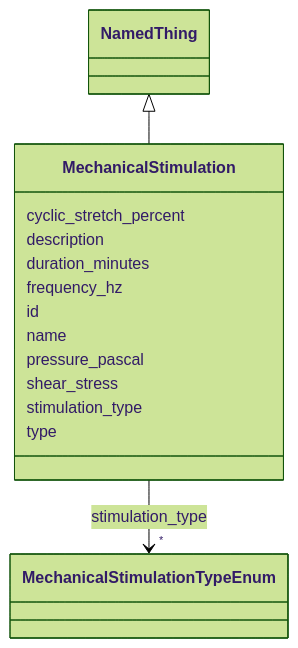
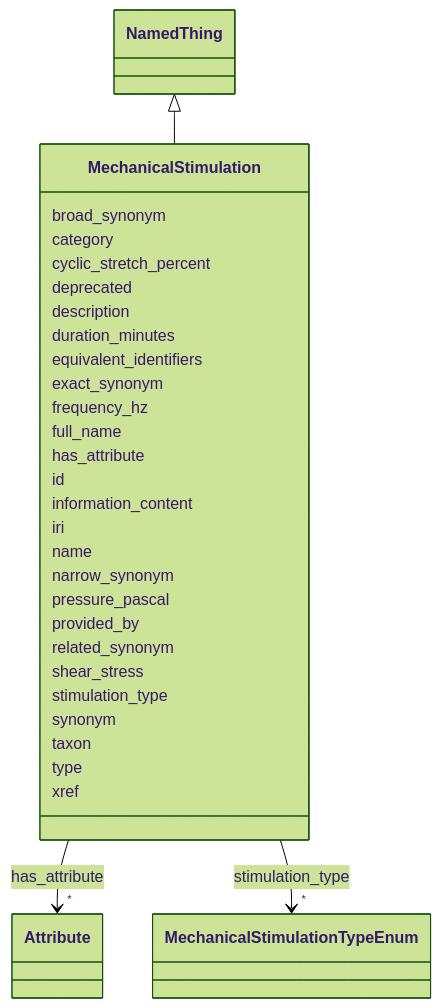
One commit to monarch-initiative/namo changed the diagram in docs/elements/MechanicalStimulation.md. Above: the diagram before and after it, drawn with Mermaid (forest theme). The commit also changed other lines of this file and 1232 other files, not shown here.

````diff
--- a/docs/elements/MechanicalStimulation.md
+++ b/docs/elements/MechanicalStimulation.md
@@ -18,38 +23,77 @@
 ```mermaid
  classDiagram
     class MechanicalStimulation
     click MechanicalStimulation href "../MechanicalStimulation/"
       NamedThing <|-- MechanicalStimulation
         click NamedThing href "../NamedThing/"
       
+      MechanicalStimulation : broad_synonym
+        
+      MechanicalStimulation : category
+        
       MechanicalStimulation : cyclic_stretch_percent
+        
+      MechanicalStimulation : deprecated
         
       MechanicalStimulation : description
         
       MechanicalStimulation : duration_minutes
         
+      MechanicalStimulation : equivalent_identifiers
+        
+      MechanicalStimulation : exact_synonym
+        
       MechanicalStimulation : frequency_hz
+        
+      MechanicalStimulation : full_name
+        
+      MechanicalStimulation : has_attribute
+        
+          
+    
+        
+        
+        MechanicalStimulation --> "*" Attribute : has_attribute
+        click Attribute href "../Attribute/"
+    
+
         
       MechanicalStimulation : id
         
+      MechanicalStimulation : information_content
+        
+      MechanicalStimulation : iri
+        
       MechanicalStimulation : name
         
+      MechanicalStimulation : narrow_synonym
+        
       MechanicalStimulation : pressure_pascal
+        
+      MechanicalStimulation : provided_by
+        
+      MechanicalStimulation : related_synonym
         
       MechanicalStimulation : shear_stress
         
       MechanicalStimulation : stimulation_type
         
           
     
         
         
         MechanicalStimulation --> "*" MechanicalStimulationTypeEnum : stimulation_type
         click MechanicalStimulationTypeEnum href "../MechanicalStimulationTypeEnum/"
     
 
         
+      MechanicalStimulation : synonym
+        
+      MechanicalStimulation : taxon
+        
       MechanicalStimulation : type
+        
+      MechanicalStimulation : xref
         
       
 ```
````
